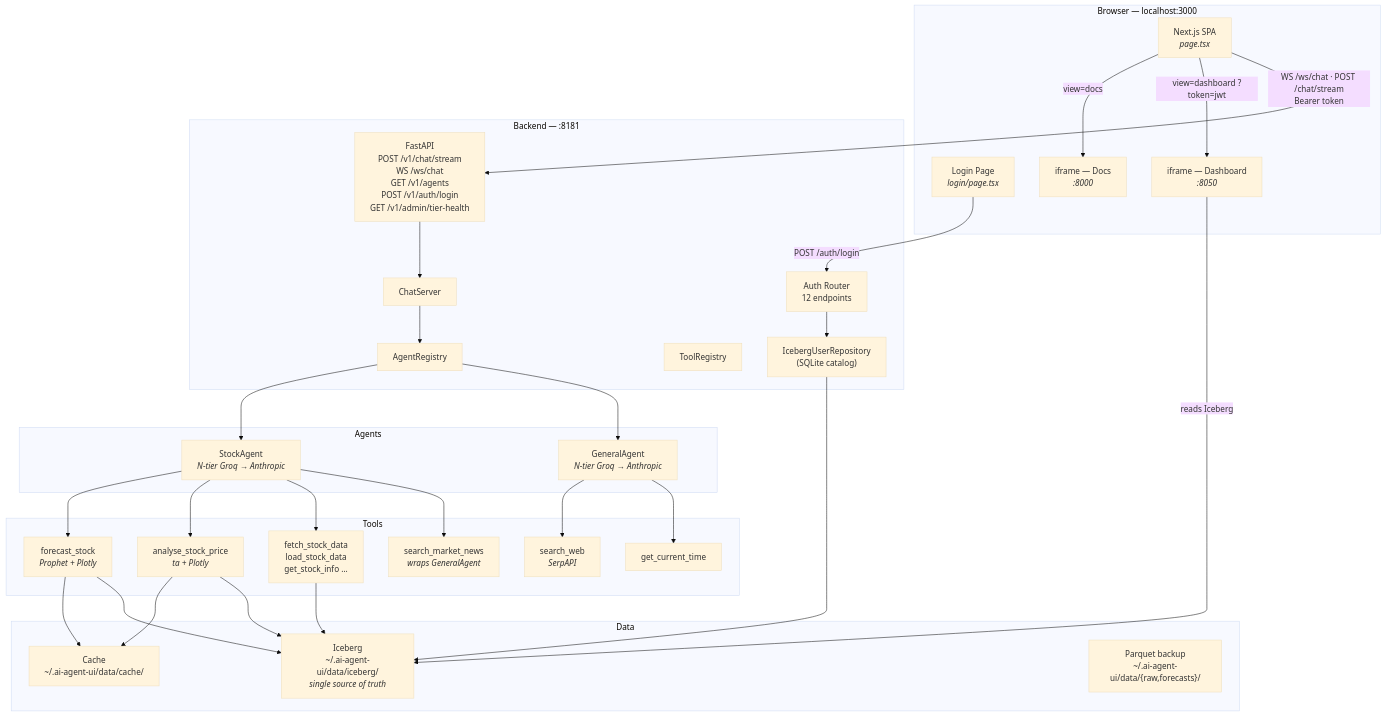
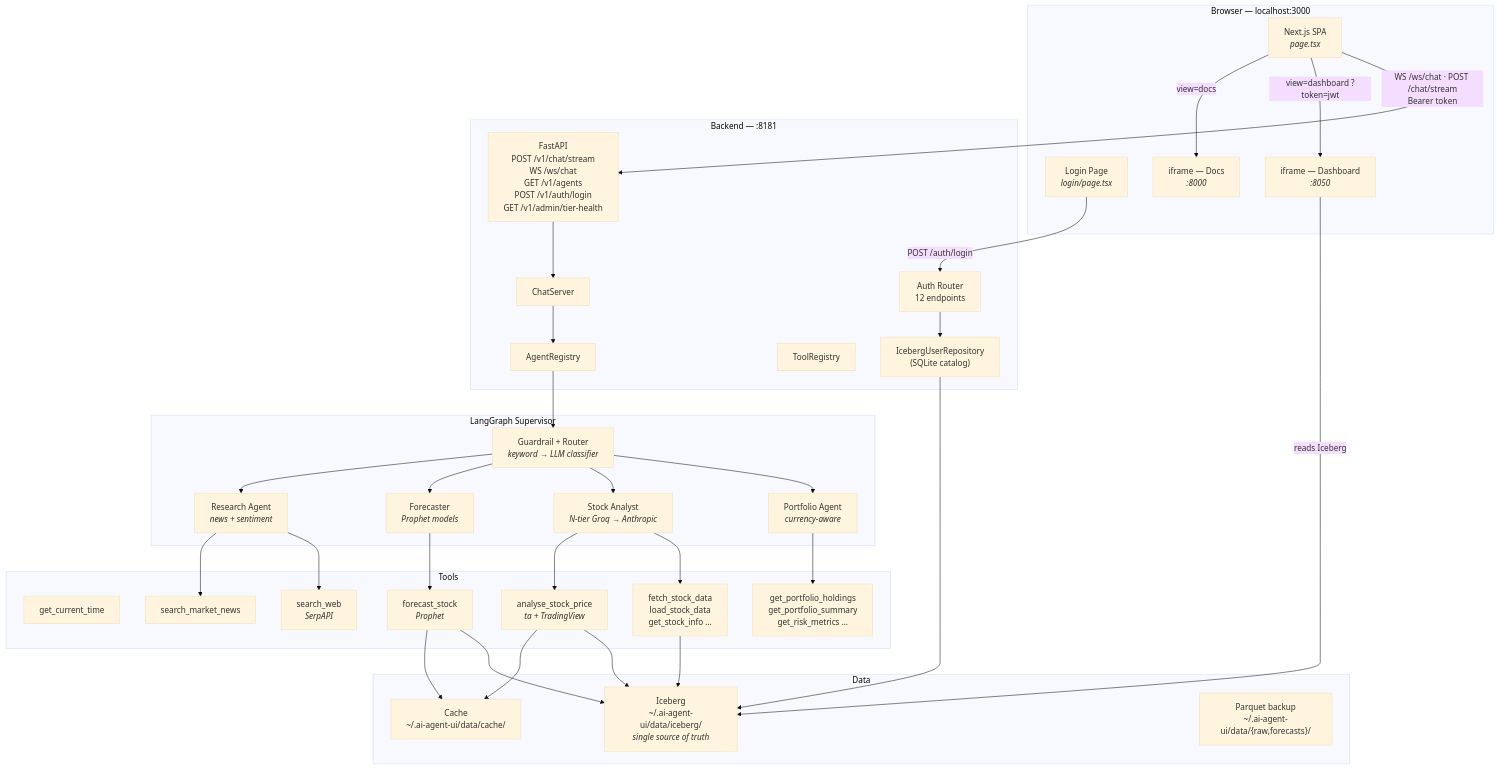
Before and after one commit to aset-platform/ai-agent-ui: the first of 5 diagrams in README.md, drawn with Mermaid (base theme). The commit also changed other lines of this file and 267 other files, not shown here.

````diff
--- a/README.md
+++ b/README.md
@@ -88,52 +88,59 @@
 ```mermaid
 graph TD
     subgraph Browser["Browser — localhost:3000"]
         UI["Next.js SPA<br/><i>page.tsx</i>"]
         Login["Login Page<br/><i>login/page.tsx</i>"]
         IF_DASH["iframe — Dashboard<br/><i>:8050</i>"]
         IF_DOCS["iframe — Docs<br/><i>:8000</i>"]
     end
 
     subgraph Backend["Backend — :8181"]
         API["FastAPI<br/>POST /v1/chat/stream<br/>WS /ws/chat<br/>GET /v1/agents<br/>POST /v1/auth/login<br/>GET /v1/admin/tier-health"]
         CS["ChatServer"]
         AR["AgentRegistry"]
         TR["ToolRegistry"]
         AUTH["Auth Router<br/>12 endpoints"]
         ICE["IcebergUserRepository<br/>(SQLite catalog)"]
     end
 
-    subgraph Agents["Agents"]
-        GA["GeneralAgent<br/><i>N-tier Groq → Anthropic</i>"]
-        SA["StockAgent<br/><i>N-tier Groq → Anthropic</i>"]
+    subgraph Agents["LangGraph Supervisor"]
+        GD["Guardrail + Router<br/><i>keyword → LLM classifier</i>"]
+        PA["Portfolio Agent<br/><i>currency-aware</i>"]
+        SA["Stock Analyst<br/><i>N-tier Groq → Anthropic</i>"]
+        FC["Forecaster<br/><i>Prophet models</i>"]
+        RA["Research Agent<br/><i>news + sentiment</i>"]
     end
 
     subgraph Tools["Tools"]
         T1["get_current_time"]
         T2["search_web<br/><i>SerpAPI</i>"]
-        T3["search_market_news<br/><i>wraps GeneralAgent</i>"]
+        T3["search_market_news"]
         T4["fetch_stock_data<br/>load_stock_data<br/>get_stock_info …"]
-        T5["analyse_stock_price<br/><i>ta + Plotly</i>"]
-        T6["forecast_stock<br/><i>Prophet + Plotly</i>"]
+        T5["analyse_stock_price<br/><i>ta + TradingView</i>"]
+        T6["forecast_stock<br/><i>Prophet</i>"]
+        T7["get_portfolio_holdings<br/>get_portfolio_summary<br/>get_risk_metrics …"]
     end
 
     subgraph Data["Data"]
         IC["Iceberg<br/>~/.ai-agent-ui/data/iceberg/<br/><i>single source of truth</i>"]
         C["Cache<br/>~/.ai-agent-ui/data/cache/"]
         P["Parquet backup<br/>~/.ai-agent-ui/data/{raw,forecasts}/"]
     end
 
     Login -->|"POST /auth/login"| AUTH
     AUTH --> ICE --> IC
     UI -->|"WS /ws/chat · POST /chat/stream<br/>Bearer token"| API
     API --> CS --> AR
-    AR --> GA & SA
-    GA --> T1 & T2
-    SA --> T3 & T4 & T5 & T6
+    AR --> GD
+    GD --> PA & SA & FC & RA
+    PA --> T7
+    SA --> T4 & T5
+    FC --> T6
+    RA --> T2 & T3
     T4 --> IC
     T5 --> IC & C
     T6 --> IC & C
     IF_DASH -->|"reads Iceberg"| IC
     UI -->|"view=dashboard ?token=jwt"| IF_DASH
     UI -->|"view=docs"| IF_DOCS
 ```
````
